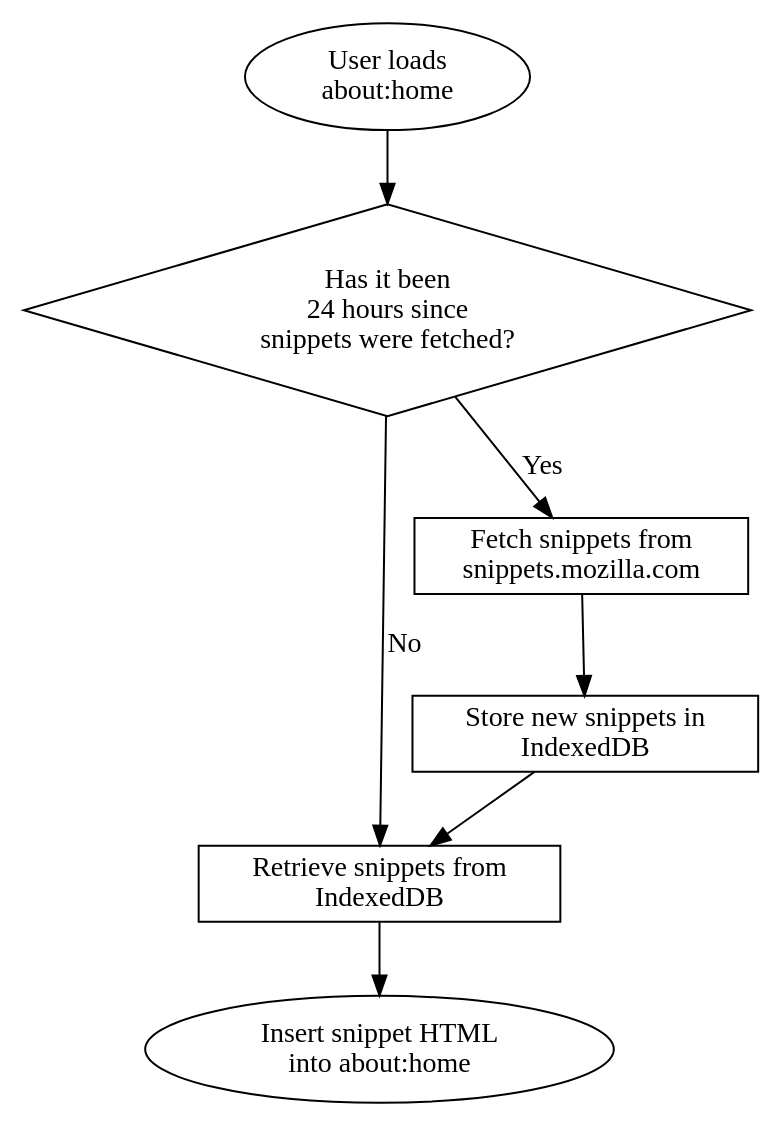
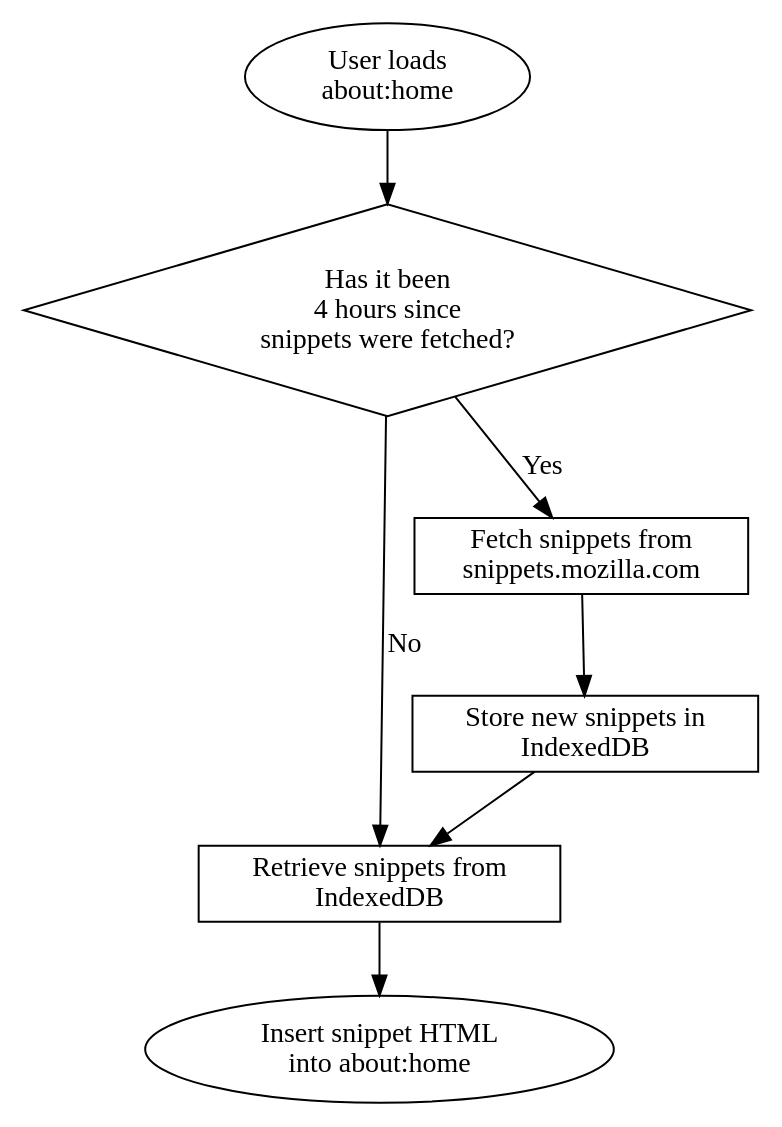
One commit to mozmeao/snippets-service changed the diagram in docs/overview.rst. Above: the diagram before and after it, drawn with Graphviz. The commit also changed other lines of this file, not shown here.

Commit message:
[docs] Firefox desktop caches for 4 hours now.

```diff
--- a/docs/overview.rst
+++ b/docs/overview.rst
@@ -33,18 +33,18 @@
 .. digraph:: snippet_download_flow
    :caption: Flowchart illustrating the process of downloading a snippet.
 
    load_abouthome[label="User loads\nabout:home"];
-   check_cache_timeout[label="Has it been\n24 hours since\nsnippets were fetched?" shape=diamond];
+   check_cache_timeout[label="Has it been\n4 hours since\nsnippets were fetched?" shape=diamond];
    load_cached_snippets[label="Retrieve snippets from\nIndexedDB" shape=rectangle];
    fetch_snippets[label="Fetch snippets from\nsnippets.mozilla.com" shape=rectangle];
    store_snippets[label="Store new snippets in\nIndexedDB" shape=rectangle];
    insert_snippets[label="Insert snippet HTML\ninto about:home"];
 
    load_abouthome -> check_cache_timeout;
    check_cache_timeout -> load_cached_snippets[label="No"];
 
    check_cache_timeout -> fetch_snippets[label="Yes"];
    fetch_snippets -> store_snippets;
    store_snippets -> load_cached_snippets;
 
    load_cached_snippets -> insert_snippets;
```
